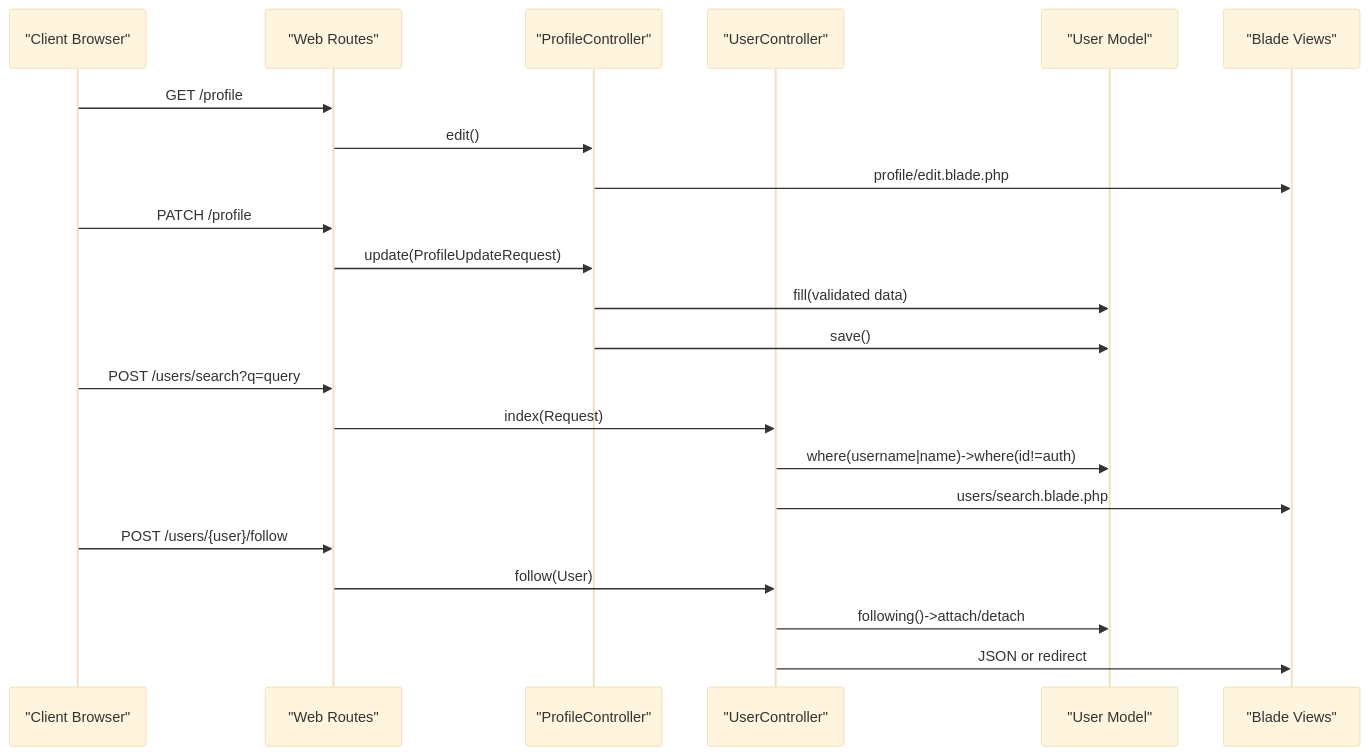
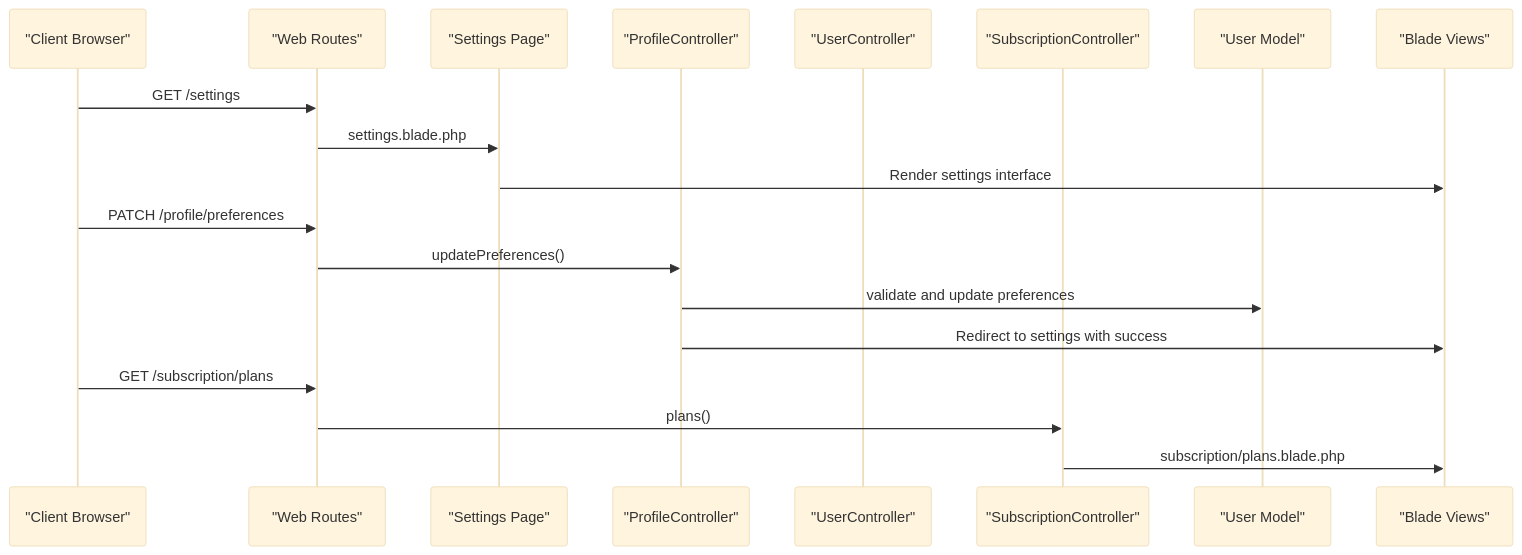
One commit to VenokM05/Travel_Project changed the second of 6 diagrams in .qoder/repowiki/en/content/User Management.md. Above: the diagram before and after it, drawn with Mermaid (base theme). The commit also changed other lines of this file and 23 other files, not shown here.

````diff
--- a/.qoder/repowiki/en/content/User Management.md
+++ b/.qoder/repowiki/en/content/User Management.md
@@ -138,24 +136,21 @@
 ```mermaid
 sequenceDiagram
 participant Client as "Client Browser"
 participant Routes as "Web Routes"
+participant Settings as "Settings Page"
 participant PC as "ProfileController"
 participant UC as "UserController"
+participant SC as "SubscriptionController"
 participant User as "User Model"
 participant View as "Blade Views"
-Client->>Routes : GET /profile
-Routes->>PC : edit()
-PC->>View : profile/edit.blade.php
-Client->>Routes : PATCH /profile
-Routes->>PC : update(ProfileUpdateRequest)
-PC->>User : fill(validated data)
-PC->>User : save()
-Client->>Routes : POST /users/search?q=query
-Routes->>UC : index(Request)
-UC->>User : where(username|name)->where(id!=auth)
-UC->>View : users/search.blade.php
-Client->>Routes : POST /users/{user}/follow
-Routes->>UC : follow(User)
-UC->>User : following()->attach/detach
-UC->>View : JSON or redirect
+Client->>Routes : GET /settings
+Routes->>Settings : settings.blade.php
+Settings->>View : Render settings interface
+Client->>Routes : PATCH /profile/preferences
+Routes->>PC : updatePreferences()
+PC->>User : validate and update preferences
+PC->>View : Redirect to settings with success
+Client->>Routes : GET /subscription/plans
+Routes->>SC : plans()
+SC->>View : subscription/plans.blade.php
 ```
````
